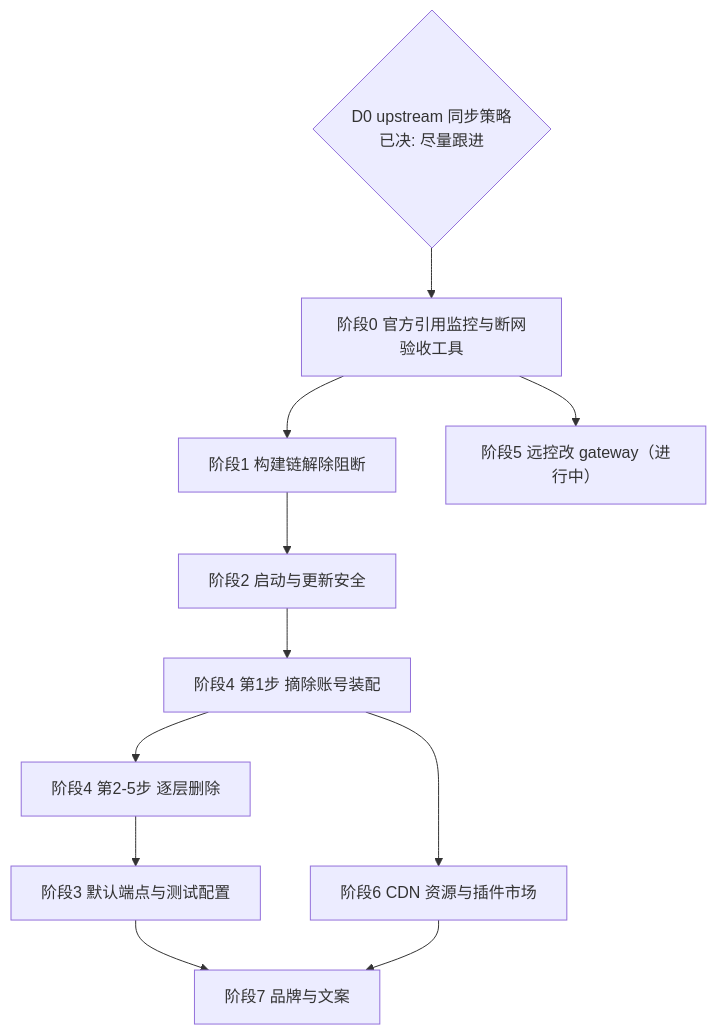
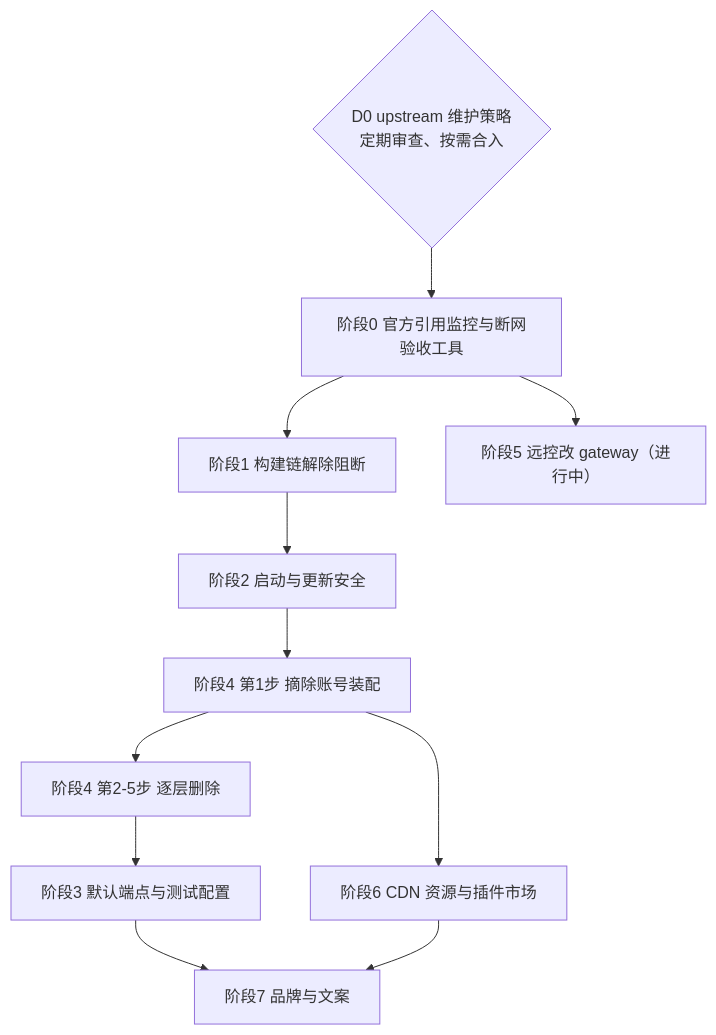
One commit to zclaudia/zody changed the diagram in specs/fork-official-deps-removal-plan.md. Above: the diagram before and after it, drawn with Mermaid. The commit also changed other lines of this file and 4525 other files, not shown here.

First line of the commit message:
feat(computer-use): 把 macOS 截图确认收到应用内权限链路

````diff
--- a/specs/fork-official-deps-removal-plan.md
+++ b/specs/fork-official-deps-removal-plan.md
@@ -36,13 +34,13 @@
 ```mermaid
 flowchart TD
-    D0{"D0 upstream 同步策略<br/>已决: 尽量跟进"} --> P0
+    D0{"D0 upstream 维护策略<br/>定期审查、按需合入"} --> P0
     P0["阶段0 官方引用监控与断网验收工具"] --> P1["阶段1 构建链解除阻断"]
     P1 --> P2["阶段2 启动与更新安全"]
     P2 --> P4S["阶段4 第1步 摘除账号装配"]
     P4S --> P4B["阶段4 第2-5步 逐层删除"]
     P4B --> P3["阶段3 默认端点与测试配置"]
     P4S --> P6["阶段6 CDN 资源与插件市场"]
     P3 --> P7
     P0 --> P5["阶段5 远控改 gateway（进行中）"]
     P6 --> P7["阶段7 品牌与文案"]
 ```
````
